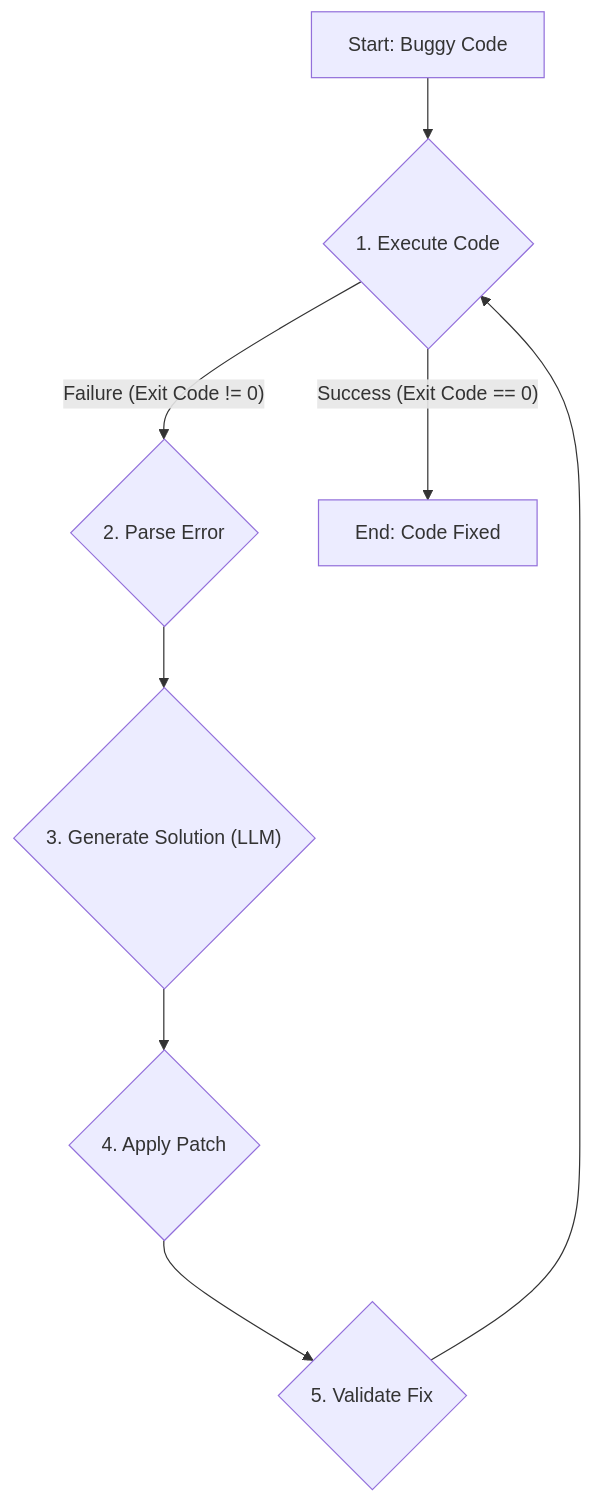
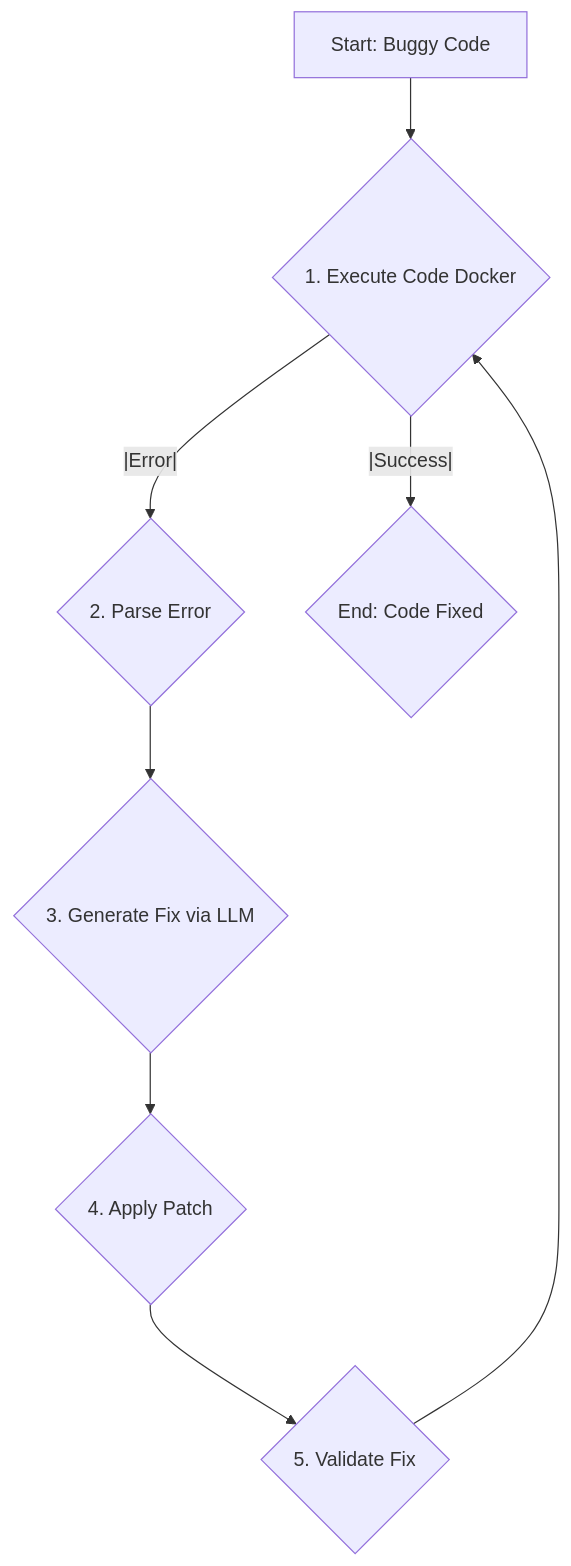
The diagram in README.md (The-Name-is-Karthik/Autonomous-Code-Debugging-Agent-ACDA-), drawn with Mermaid before and after one commit. The commit also changed other lines of this file, not shown here.

````diff
--- a/README.md
+++ b/README.md
@@ -26,10 +112,13 @@
 ```mermaid
+
 graph TD
-    A[Start: Buggy Code] --> B{1. Execute Code};
-    B -- Failure (Exit Code != 0) --> C{2. Parse Error};
-    B -- Success (Exit Code == 0) --> H[End: Code Fixed];
-    C --> D{"3. Generate Solution (LLM)"};
+    A[Start: Buggy Code] --> B{1. Execute Code Docker};
+    B -- |Error| --> C{2. Parse Error};
+    C --> D{3. Generate Fix via LLM};
     D --> E{4. Apply Patch};
     E --> F{5. Validate Fix};
     F --> B;
+    B --|Success|-->G{End: Code Fixed}
+
+
 ```
````
